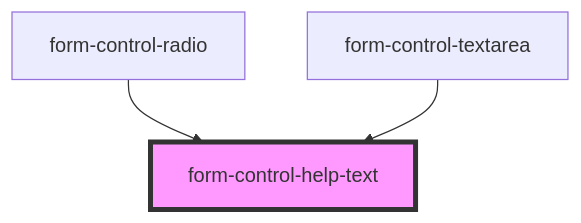
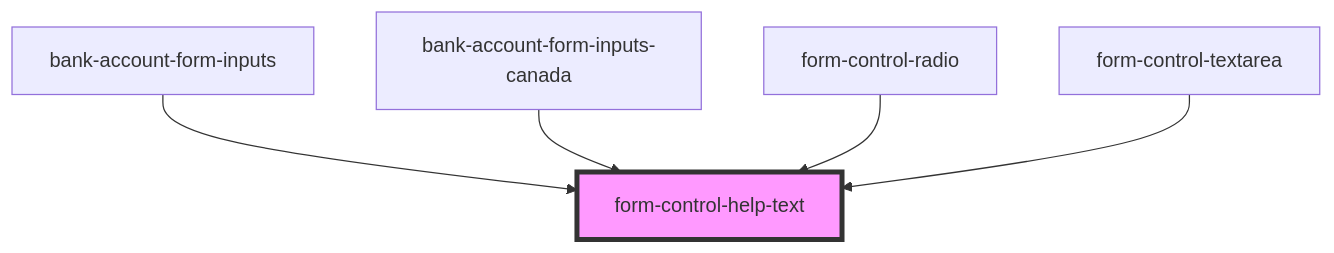
Before and after one commit to justifi-tech/web-component-library: the diagram in packages/webcomponents/src/ui-components/form/form-helpers/form-control-help-text/readme.md, drawn with Mermaid. The commit also changed other lines of this file and 3 other files, not shown here.

Commit message:
payment-provisioning(bank-account): when revisiting, replace inputs with labels + plain text for saved values (USA routing, CAN transit+institution, masked last four)

````diff
--- a/packages/webcomponents/src/ui-components/form/form-helpers/form-control-help-text/readme.md
+++ b/packages/webcomponents/src/ui-components/form/form-helpers/form-control-help-text/readme.md
@@ -24,6 +26,8 @@
 ```mermaid
 graph TD;
+  bank-account-form-inputs --> form-control-help-text
+  bank-account-form-inputs-canada --> form-control-help-text
   form-control-radio --> form-control-help-text
   form-control-textarea --> form-control-help-text
   style form-control-help-text fill:#f9f,stroke:#333,stroke-width:4px
 ```
````
